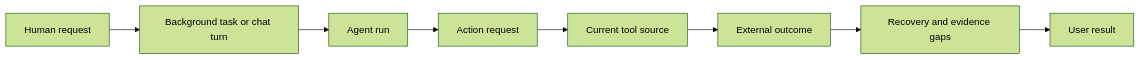
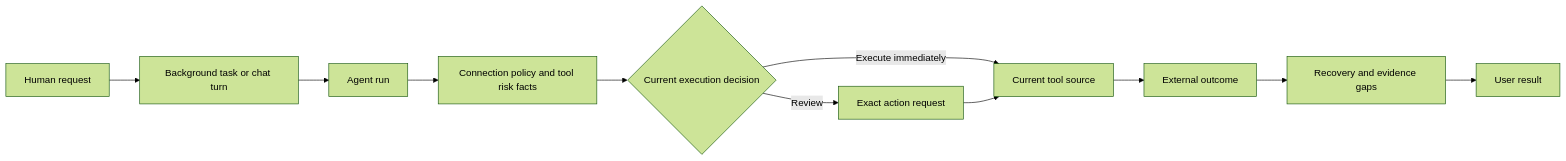
The first of 26 diagrams in docs/superpowers/plans/2026-08-08-noema-practical-reliability-roadmap.md (kpsuperplane/Noema), drawn with Mermaid (forest theme) before and after one commit. The commit also changed other lines of this file, not shown here.

Commit message:
docs: ground reliability roadmap in current execution paths

````diff
--- a/docs/superpowers/plans/2026-08-08-noema-practical-reliability-roadmap.md
+++ b/docs/superpowers/plans/2026-08-08-noema-practical-reliability-roadmap.md
@@ -49,10 +49,13 @@
 ```mermaid
 flowchart LR
     H["Human request"] --> T["Background task or chat turn"]
     T --> R["Agent run"]
-    R --> G["Action request"]
-    G --> C["Current tool source"]
+    R --> P["Connection policy and tool risk facts"]
+    P --> D{"Current execution decision"}
+    D -->|Execute immediately| C["Current tool source"]
+    D -->|Review| G["Exact action request"]
+    G --> C
     C --> O["External outcome"]
     O --> X["Recovery and evidence gaps"]
     X --> U["User result"]
 ```
````
